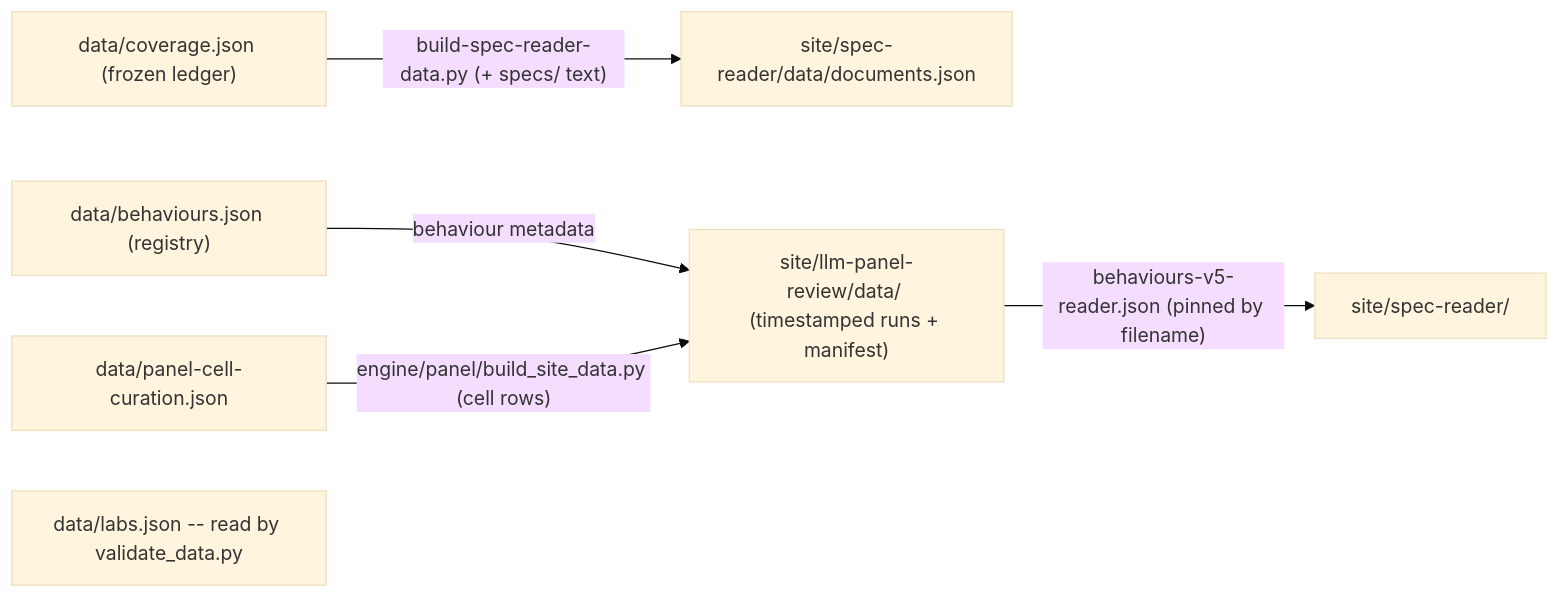
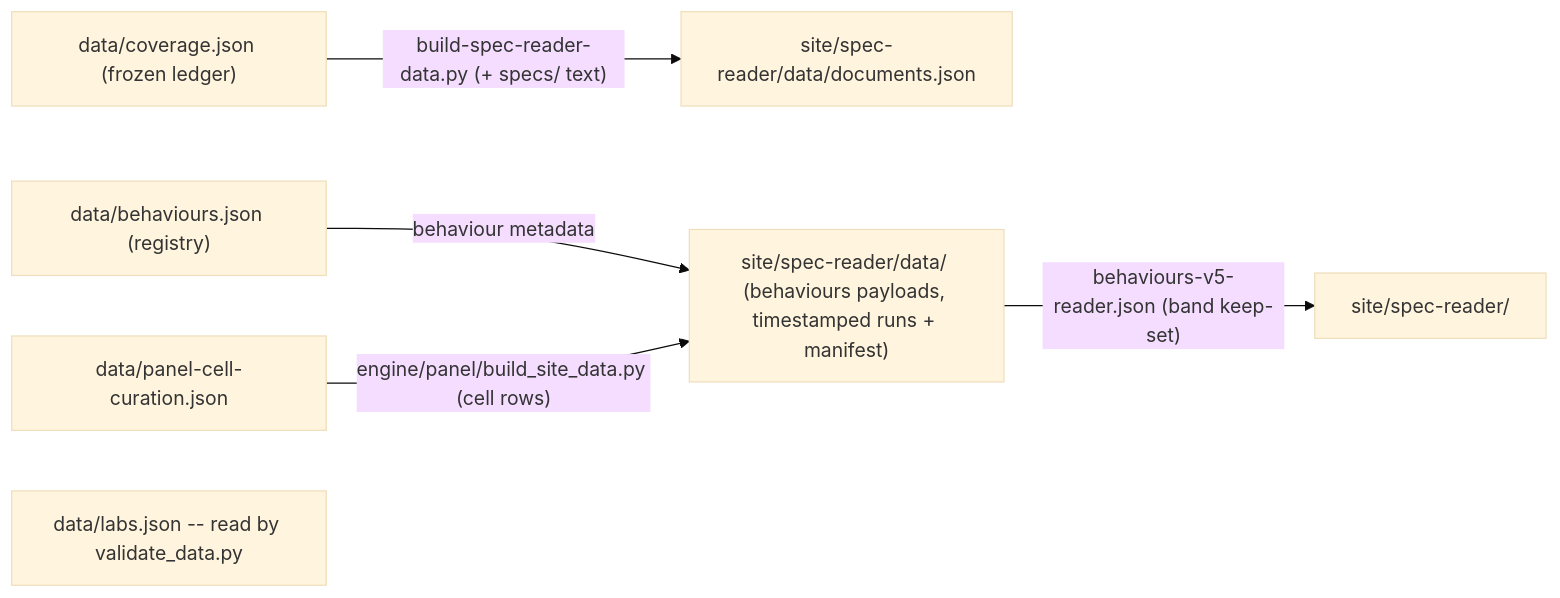
The diagram in data/OVERVIEW.md (AndresCotton/ai-character-index), drawn with Mermaid (base theme) before and after one commit. The commit also changed other lines of this file and 19 other files, not shown here.

````diff
--- a/data/OVERVIEW.md
+++ b/data/OVERVIEW.md
@@ -21,8 +21,8 @@
 ```mermaid
 graph LR
   cov["data/coverage.json (frozen ledger)"] -->|"build-spec-reader-data.py (+ specs/ text)"| docs["site/spec-reader/data/documents.json"]
   reg["data/behaviours.json (registry)"] -->|"behaviour metadata"| panel
-  cur["data/panel-cell-curation.json"] -->|"engine/panel/build_site_data.py (cell rows)"| panel["site/llm-panel-review/data/ (timestamped runs + manifest)"]
-  panel -->|"behaviours-v5-reader.json (pinned by filename)"| reader["site/spec-reader/"]
+  cur["data/panel-cell-curation.json"] -->|"engine/panel/build_site_data.py (cell rows)"| panel["site/spec-reader/data/ (behaviours payloads, timestamped runs + manifest)"]
+  panel -->|"behaviours-v5-reader.json (band keep-set)"| reader["site/spec-reader/"]
   labs["data/labs.json -- read by validate_data.py"]
 ```
````
